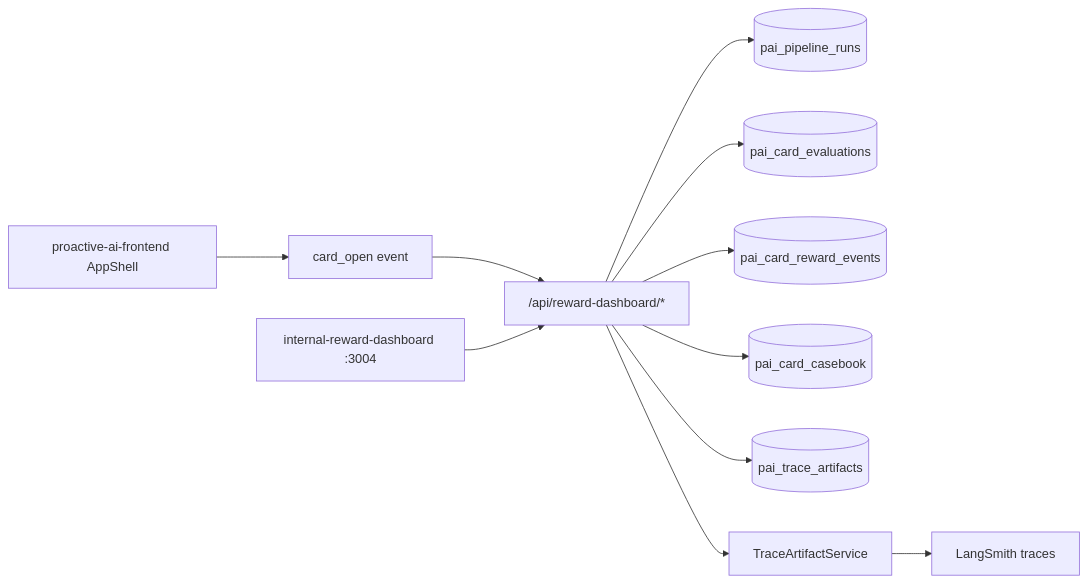
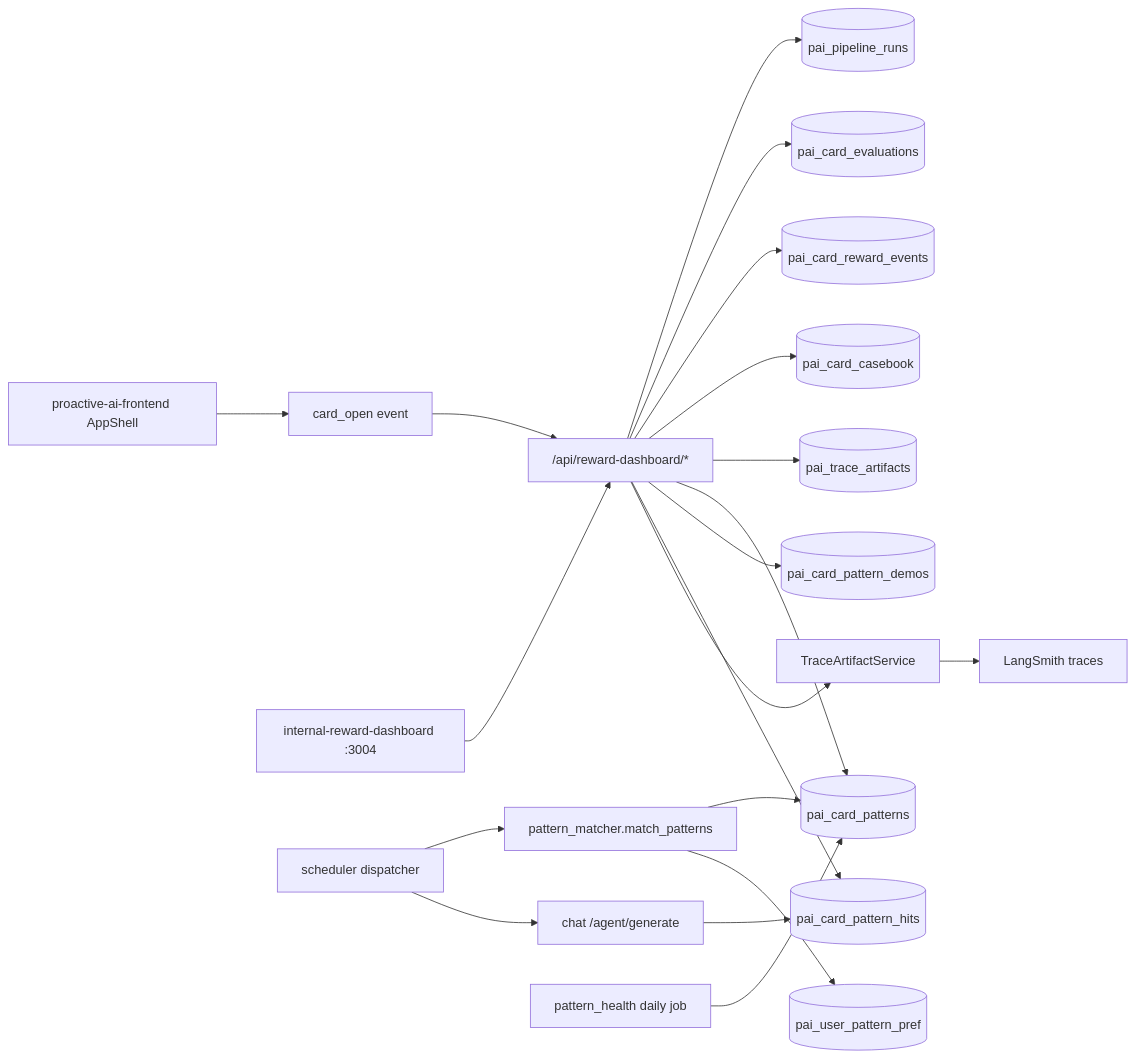
One commit to Edge-AI-HQ/proactive-assistant changed the diagram in docs/modules/internal-reward-dashboard.mdx. Above: the diagram before and after it, drawn with Mermaid. The commit also changed other lines of this file and 5 other files, not shown here.

````diff
--- a/docs/modules/internal-reward-dashboard.mdx
+++ b/docs/modules/internal-reward-dashboard.mdx
@@ -18,13 +26,22 @@
 ```mermaid
 flowchart LR
   MainFE["proactive-ai-frontend AppShell"] --> Open["card_open event"]
   Open --> RewardAPI["/api/reward-dashboard/*"]
   Dash["internal-reward-dashboard :3004"] --> RewardAPI
   RewardAPI --> Runs[("pai_pipeline_runs")]
   RewardAPI --> Eval[("pai_card_evaluations")]
   RewardAPI --> Events[("pai_card_reward_events")]
   RewardAPI --> Cases[("pai_card_casebook")]
   RewardAPI --> Traces[("pai_trace_artifacts")]
+  RewardAPI --> Patterns[("pai_card_patterns")]
+  RewardAPI --> Demos[("pai_card_pattern_demos")]
+  RewardAPI --> Hits[("pai_card_pattern_hits")]
   TraceSvc["TraceArtifactService"] --> LangSmith["LangSmith traces"]
   RewardAPI --> TraceSvc
+  Dispatcher["scheduler dispatcher"] --> Matcher["pattern_matcher.match_patterns"]
+  Matcher --> Patterns
+  Matcher --> FP[("pai_user_pattern_pref")]
+  Dispatcher --> ChatGen["chat /agent/generate"]
+  ChatGen --> Hits
+  HealthJob["pattern_health daily job"] --> Patterns
 ```
````
